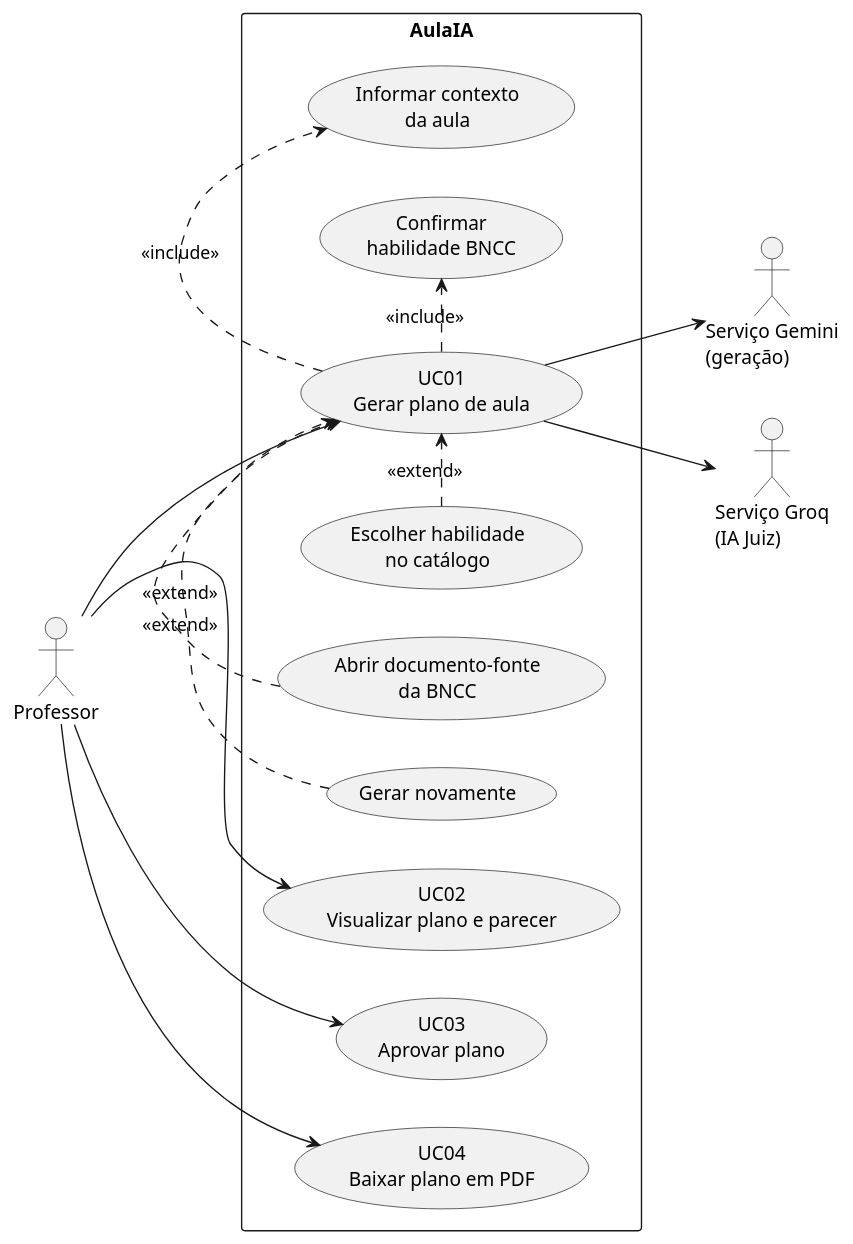
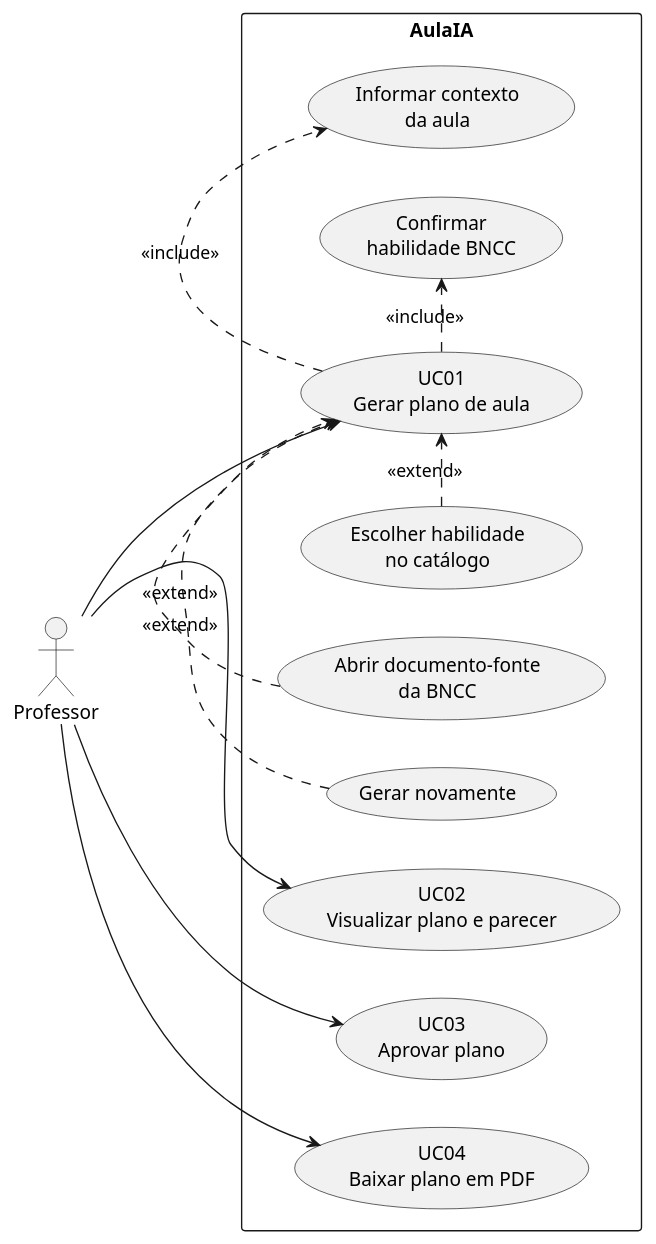
Before and after one commit to Carneiro-Joao/tcc-plataforma-multiagente: the diagram in docs/diagramas/final/casos-de-uso.puml, drawn with PlantUML. The commit also changed 8 other files, not shown here.

First line of the commit message:
docs(diagramas): casos de uso so com o professor como ator (decisao do Joao); variantes retiradas

```diff
--- a/docs/diagramas/final/casos-de-uso.puml
+++ b/docs/diagramas/final/casos-de-uso.puml
@@ -1,31 +1,29 @@
 @startuml casos-de-uso
+' Único ator: o professor. As APIs de LLM (Gemini e Groq) são serviços externos usados pelos componentes
+' de geração e de avaliação e aparecem no diagrama de componentes (decisão do João, 25/11).
 left to right direction
 skinparam packageStyle rectangle
 skinparam shadowing false
 skinparam defaultFontName Arial
 actor "Professor" as P
-actor "Serviço Gemini\n(geração)" as GEM
-actor "Serviço Groq\n(IA Juiz)" as GROQ
 rectangle "AulaIA" {
   usecase "UC01\nGerar plano de aula" as UC01
   usecase "Informar contexto\nda aula" as CTX
   usecase "Confirmar\nhabilidade BNCC" as CONF
   usecase "Escolher habilidade\nno catálogo" as CAT
   usecase "Abrir documento-fonte\nda BNCC" as FONTE
   usecase "Gerar novamente" as NOVA
   usecase "UC02\nVisualizar plano e parecer" as UC02
   usecase "UC03\nAprovar plano" as UC03
   usecase "UC04\nBaixar plano em PDF" as UC04
 }
 P --> UC01
 P --> UC02
 P --> UC03
 P --> UC04
 UC01 .> CTX : <<include>>
 UC01 .> CONF : <<include>>
 CAT .> UC01 : <<extend>>
 FONTE .> UC01 : <<extend>>
 NOVA .> UC01 : <<extend>>
-UC01 --> GEM
-UC01 --> GROQ
 @enduml
```
